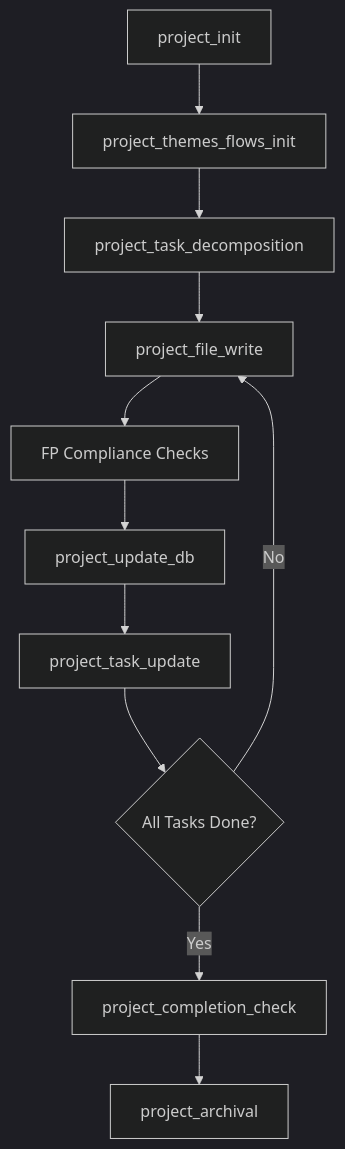
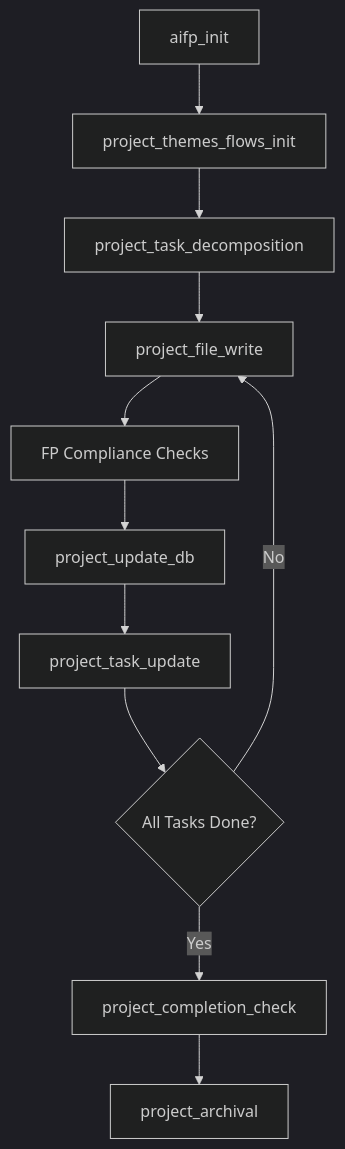
One commit to aryanduntley/AIFP changed the diagram in README.md. Above: the diagram before and after it, drawn with Mermaid (dark theme). The commit also changed other lines of this file and 45 other files, not shown here.

````diff
--- a/README.md
+++ b/README.md
@@ -635,13 +635,13 @@
 ```mermaid
 graph TD
-    A[project_init] --> B[project_themes_flows_init]
+    A[aifp_init] --> B[project_themes_flows_init]
     B --> C[project_task_decomposition]
     C --> D[project_file_write]
     D --> E[FP Compliance Checks]
     E --> F[project_update_db]
     F --> G[project_task_update]
     G --> H{All Tasks Done?}
     H -->|No| D
     H -->|Yes| I[project_completion_check]
     I --> J[project_archival]
 ```
````
